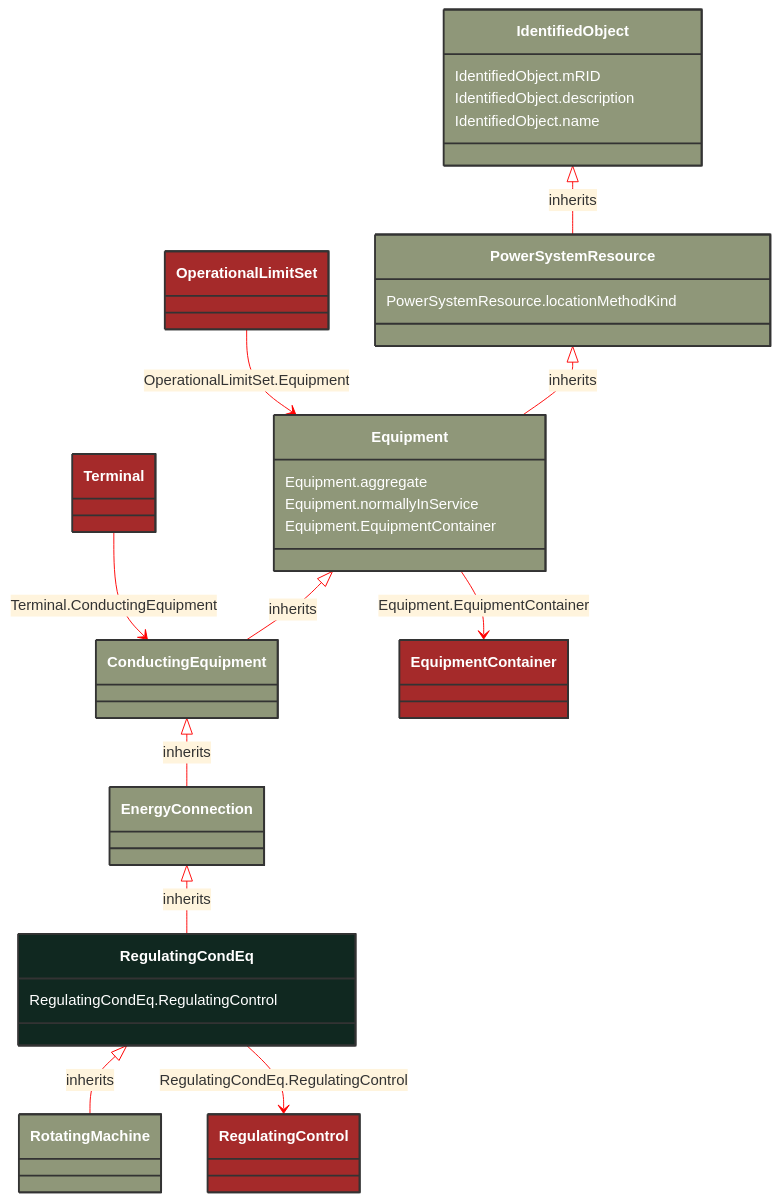
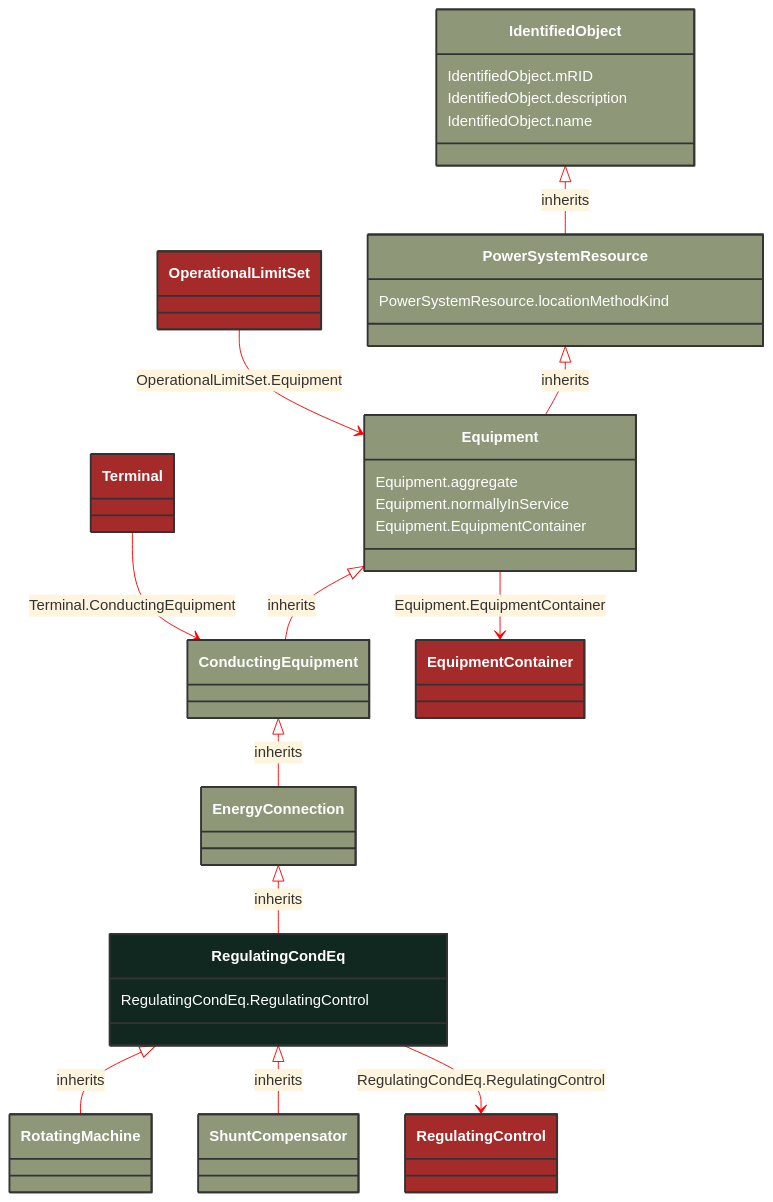
The diagram in docs/Models/Profiles/Telemark-120Equipment/AbstractClasses/RegulatingCondEq.md (3lbits/NoCIMExtensions), drawn with Mermaid before and after one commit. The commit also changed 63 other files, not shown here.

````diff
--- a/docs/Models/Profiles/Telemark-120Equipment/AbstractClasses/RegulatingCondEq.md
+++ b/docs/Models/Profiles/Telemark-120Equipment/AbstractClasses/RegulatingCondEq.md
@@ -10,66 +10,72 @@
 ```mermaid
 %%{init: {'theme':'base','themeVariables': {'lineColor': '#FF0000'}}}%%
 classDiagram
     class RegulatingCondEq
     click RegulatingCondEq href "/Models/Profiles/Telemark-120Equipment/AbstractClasses/RegulatingCondEq/"
     style RegulatingCondEq fill:#102820,stroke:#333,stroke-width:2px,rx:10,ry:10,color:white
 
         RegulatingCondEq <|-- RotatingMachine : inherits
 
         RotatingMachine
             click RotatingMachine href "/Models/Profiles/Telemark-120Equipment/AbstractClasses/RotatingMachine/"
             style RotatingMachine fill:#8F9779,stroke:#333,stroke-width:2px,rx:10,ry:10,color:white
+
+        RegulatingCondEq <|-- ShuntCompensator : inherits
+
+        ShuntCompensator
+            click ShuntCompensator href "/Models/Profiles/Telemark-120Equipment/AbstractClasses/ShuntCompensator/"
+            style ShuntCompensator fill:#8F9779,stroke:#333,stroke-width:2px,rx:10,ry:10,color:white
      
         EnergyConnection <|-- RegulatingCondEq : inherits
             click EnergyConnection href "/Models/Profiles/Telemark-120Equipment/AbstractClasses/EnergyConnection/"
             style EnergyConnection fill:#8F9779,stroke:#333,stroke-width:2px,rx:10,ry:10,color:white
      
         ConductingEquipment <|-- EnergyConnection : inherits
             click ConductingEquipment href "/Models/Profiles/Telemark-120Equipment/AbstractClasses/ConductingEquipment/"
             style ConductingEquipment fill:#8F9779,stroke:#333,stroke-width:2px,rx:10,ry:10,color:white
      
         Equipment <|-- ConductingEquipment : inherits
             click Equipment href "/Models/Profiles/Telemark-120Equipment/AbstractClasses/Equipment/"
             style Equipment fill:#8F9779,stroke:#333,stroke-width:2px,rx:10,ry:10,color:white
      
         PowerSystemResource <|-- Equipment : inherits
             click PowerSystemResource href "/Models/Profiles/Telemark-120Equipment/AbstractClasses/PowerSystemResource/"
             style PowerSystemResource fill:#8F9779,stroke:#333,stroke-width:2px,rx:10,ry:10,color:white
      
         IdentifiedObject <|-- PowerSystemResource : inherits
             click IdentifiedObject href "/Models/Profiles/Telemark-120Equipment/AbstractClasses/IdentifiedObject/"
             style IdentifiedObject fill:#8F9779,stroke:#333,stroke-width:2px,rx:10,ry:10,color:white
 
         RegulatingCondEq --> RegulatingControl : RegulatingCondEq.RegulatingControl
 
         RegulatingControl
             click RegulatingControl href "/Models/Profiles/Telemark-120Equipment/ConcreteClasses/RegulatingControl/"
             style RegulatingControl fill:#A52A2A,stroke:#333,stroke-width:2px,rx:10,ry:10,color:white
         Equipment --> EquipmentContainer : Equipment.EquipmentContainer
 
         EquipmentContainer
             click EquipmentContainer href "/Models/Profiles/Telemark-120Equipment/ConcreteClasses/EquipmentContainer/"
             style EquipmentContainer fill:#A52A2A,stroke:#333,stroke-width:2px,rx:10,ry:10,color:white
 
         OperationalLimitSet --> Equipment : OperationalLimitSet.Equipment
 
         OperationalLimitSet
             click OperationalLimitSet href "/Models/Profiles/Telemark-120Equipment/ConcreteClasses/OperationalLimitSet/"
             style OperationalLimitSet fill:#A52A2A,stroke:#333,stroke-width:2px,rx:10,ry:10,color:white
 
         Terminal --> ConductingEquipment : Terminal.ConductingEquipment
 
         Terminal
             click Terminal href "/Models/Profiles/Telemark-120Equipment/ConcreteClasses/Terminal/"
             style Terminal fill:#A52A2A,stroke:#333,stroke-width:2px,rx:10,ry:10,color:white
 
 
         RegulatingCondEq : RegulatingCondEq.RegulatingControl
         Equipment : Equipment.aggregate
         Equipment : Equipment.normallyInService
         Equipment : Equipment.EquipmentContainer
         PowerSystemResource : PowerSystemResource.locationMethodKind
         IdentifiedObject : IdentifiedObject.mRID
         IdentifiedObject : IdentifiedObject.description
         IdentifiedObject : IdentifiedObject.name
 ```
````
